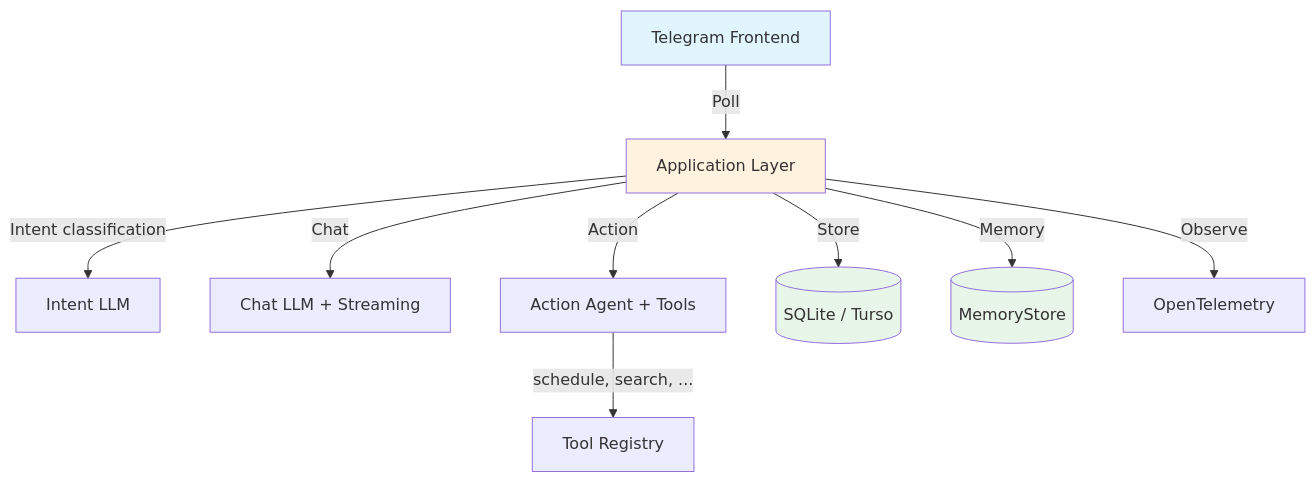
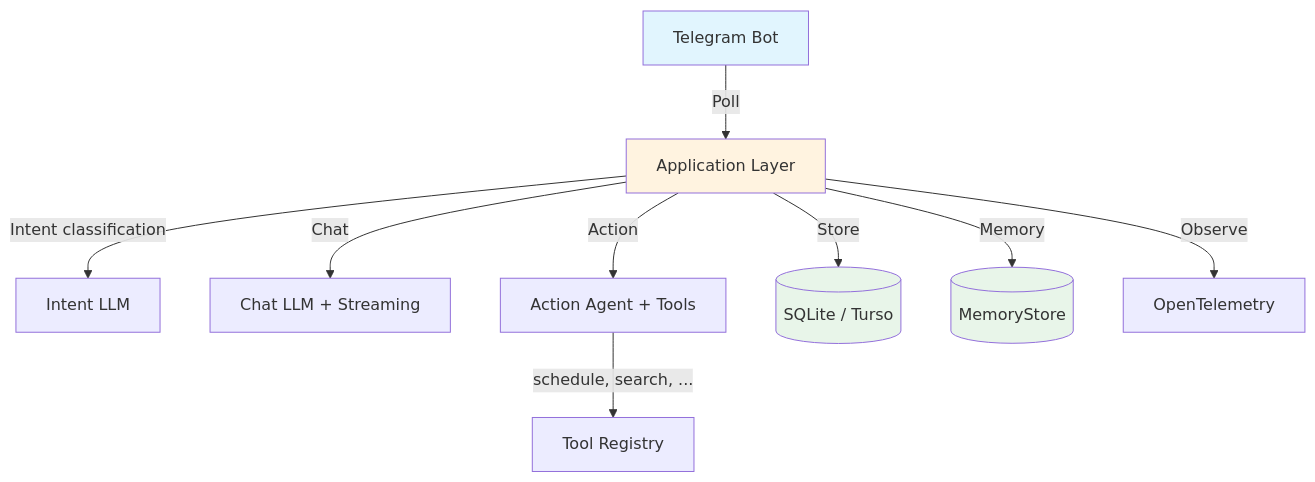
One commit to nevindra/oasis changed the diagram in docs/getting-started/reference-app.md. Above: the diagram before and after it, drawn with Mermaid. The commit also changed 15 other files, not shown here.

````diff
--- a/docs/getting-started/reference-app.md
+++ b/docs/getting-started/reference-app.md
@@ -97,16 +97,16 @@
 ```mermaid
 graph TD
-    TG[Telegram Frontend] -->|Poll| APP[Application Layer]
+    TG[Telegram Bot] -->|Poll| APP[Application Layer]
     APP -->|Intent classification| INTENT[Intent LLM]
     APP -->|Chat| CHAT[Chat LLM + Streaming]
     APP -->|Action| ACTION[Action Agent + Tools]
     APP -->|Store| DB[(SQLite / Turso)]
     APP -->|Memory| MEM[(MemoryStore)]
     ACTION -->|schedule, search, ...| TOOLS[Tool Registry]
     APP -->|Observe| OTEL[OpenTelemetry]
 
     style TG fill:#e1f5fe
     style APP fill:#fff3e0
     style DB fill:#e8f5e9
     style MEM fill:#e8f5e9
 ```
````
